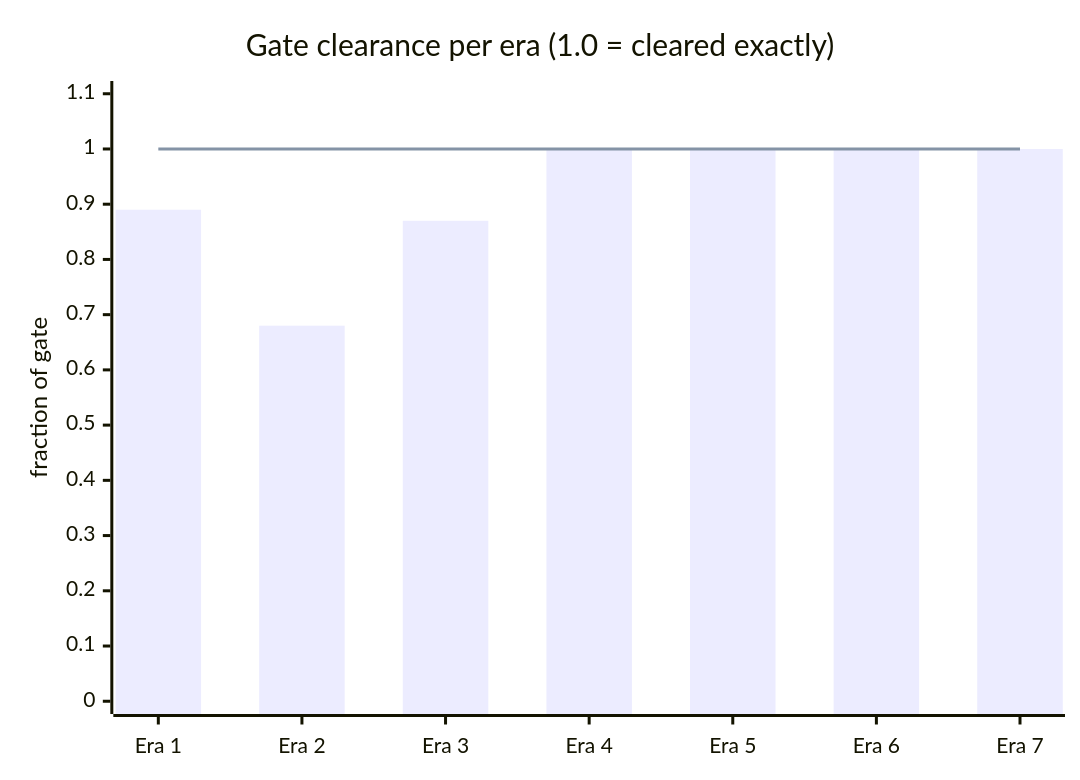
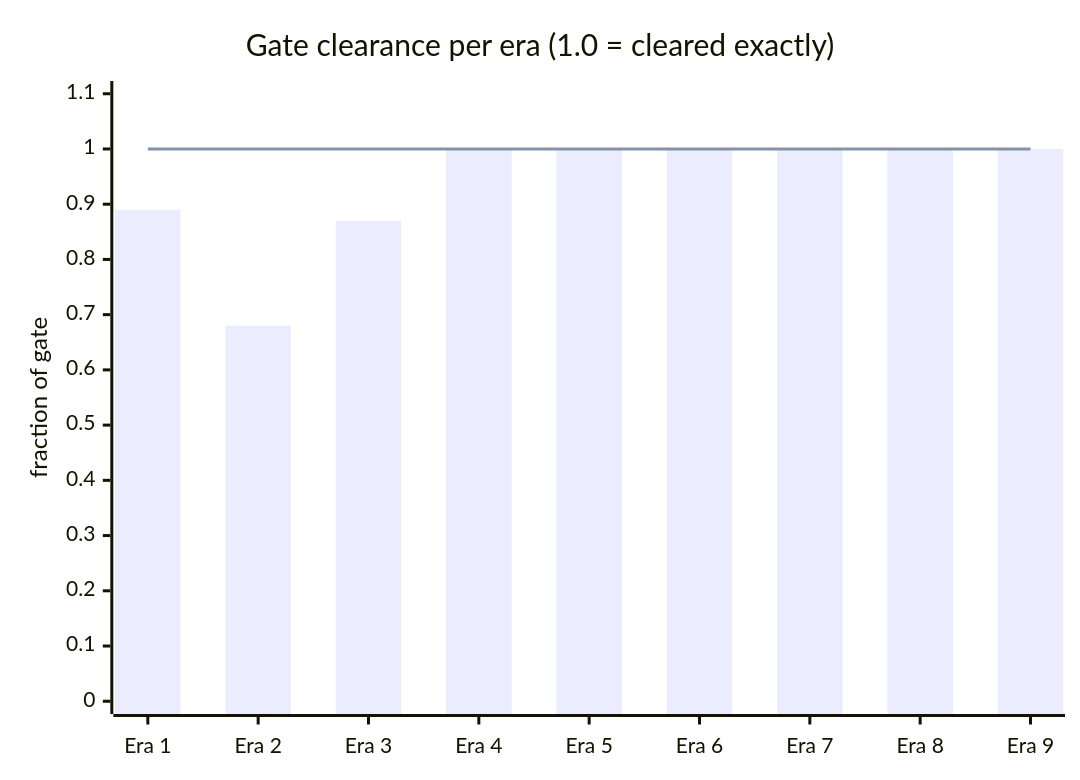
Before and after one commit to get-tmonier/argot: the second of 9 diagrams in docs/research/README.md, drawn with Mermaid. The commit also changed other lines of this file and 1 other file, not shown here.

First line of the commit message:
docs: add era 8 and era 9 to research README and root README (#30)

````diff
--- a/docs/research/README.md
+++ b/docs/research/README.md
@@ -67,8 +75,8 @@
 ```mermaid
 xychart-beta
     title "Gate clearance per era (1.0 = cleared exactly)"
-    x-axis ["Era 1", "Era 2", "Era 3", "Era 4", "Era 5", "Era 6", "Era 7"]
+    x-axis ["Era 1", "Era 2", "Era 3", "Era 4", "Era 5", "Era 6", "Era 7", "Era 8", "Era 9"]
     y-axis "fraction of gate" 0 --> 1.1
-    bar [0.89, 0.68, 0.87, 1.00, 1.00, 1.00, 1.00]
-    line [1.0, 1.0, 1.0, 1.0, 1.0, 1.0, 1.0]
+    bar [0.89, 0.68, 0.87, 1.00, 1.00, 1.00, 1.00, 1.00, 1.00]
+    line [1.0, 1.0, 1.0, 1.0, 1.0, 1.0, 1.0, 1.0, 1.0]
 ```
````
